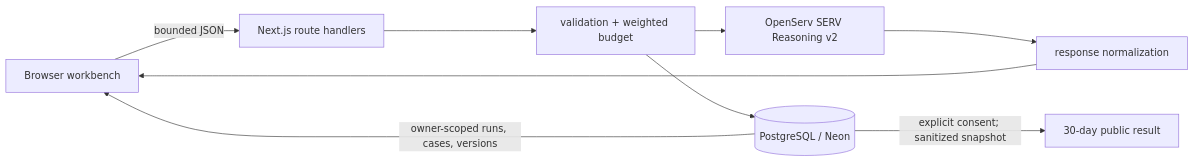
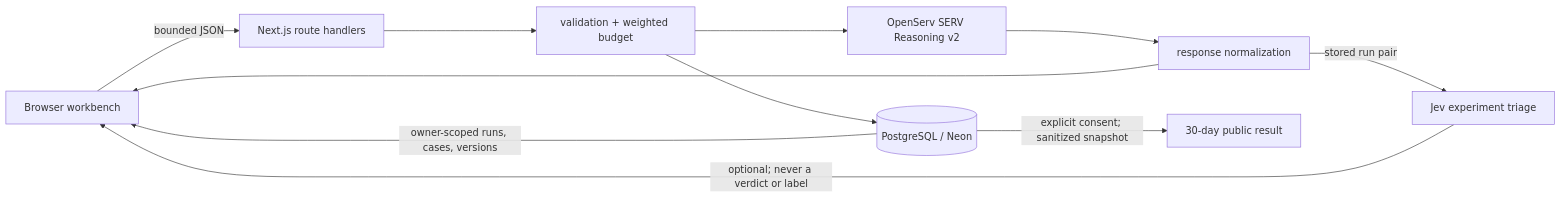
One commit to miracle352/choiceproof changed the diagram in docs/ARCHITECTURE.md. Above: the diagram before and after it, drawn with Mermaid. The commit also changed other lines of this file and 22 other files, not shown here.

````diff
--- a/docs/ARCHITECTURE.md
+++ b/docs/ARCHITECTURE.md
@@ -3,11 +3,13 @@
 ```mermaid
 flowchart LR
   B[Browser workbench] -->|bounded JSON| R[Next.js route handlers]
   R --> V[validation + weighted budget]
   V --> S[OpenServ SERV Reasoning v2]
   S --> N[response normalization]
   N --> B
+  N -->|stored run pair| J[Jev experiment triage]
+  J -->|optional; never a verdict or label| B
   V --> P[(PostgreSQL / Neon)]
   P -->|owner-scoped runs, cases, versions| B
   P -->|explicit consent; sanitized snapshot| H[30-day public result]
 ```
````
